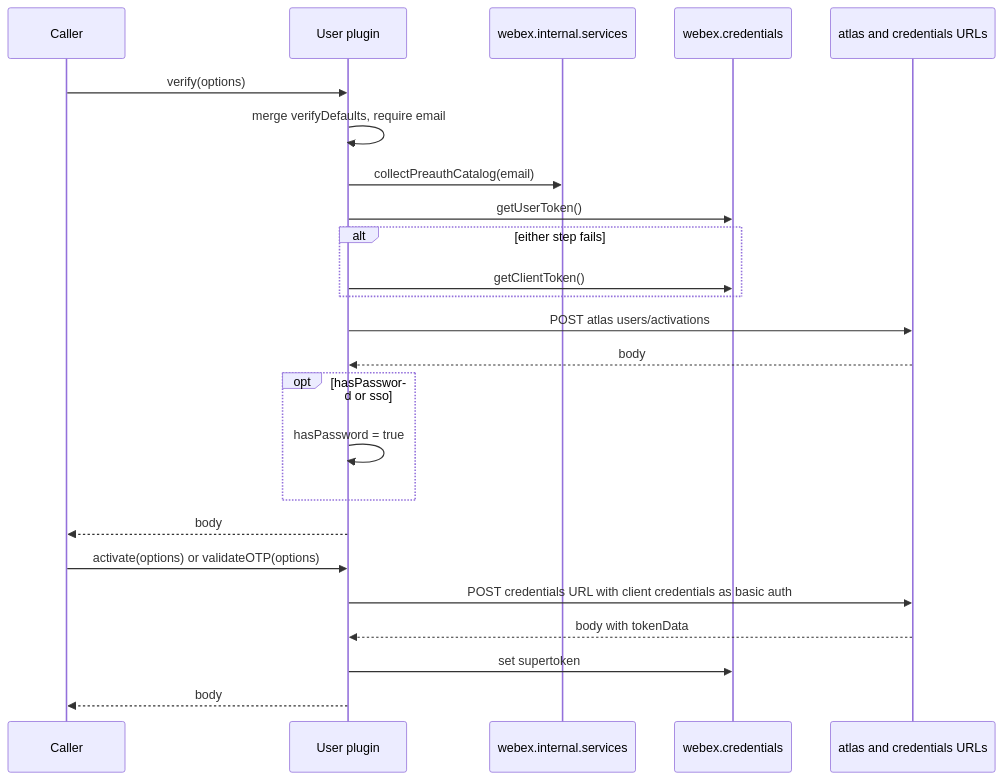
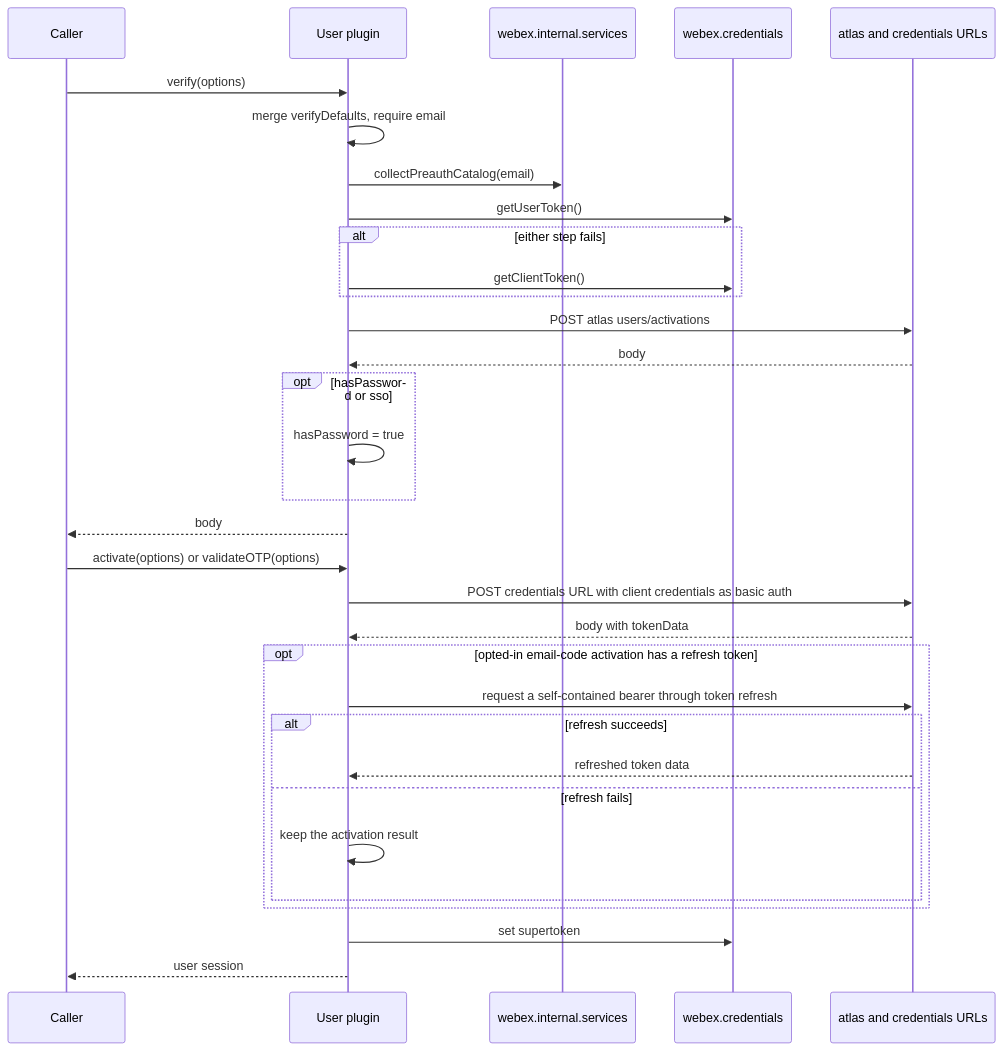
One commit to webex/webex-js-sdk changed the third of 5 diagrams in packages/@webex/internal-plugin-user/src/docs/README.md. Above: the diagram before and after it, drawn with Mermaid. The commit also changed other lines of this file and 8 other files, not shown here.

Commit message:
fix(user): request a self-contained token after email activation

````diff
--- a/packages/@webex/internal-plugin-user/src/docs/README.md
+++ b/packages/@webex/internal-plugin-user/src/docs/README.md
@@ -276,26 +276,34 @@
 ```mermaid
 sequenceDiagram
   participant Caller
   participant User as User plugin
   participant Services as webex.internal.services
   participant Creds as webex.credentials
   participant Svc as atlas and credentials URLs
   Caller->>User: verify(options)
   User->>User: merge verifyDefaults, require email
   User->>Services: collectPreauthCatalog(email)
   User->>Creds: getUserToken()
   alt either step fails
     User->>Creds: getClientToken()
   end
   User->>Svc: POST atlas users/activations
   Svc-->>User: body
   opt hasPassword or sso
     User->>User: hasPassword = true
   end
   User-->>Caller: body
   Caller->>User: activate(options) or validateOTP(options)
   User->>Svc: POST credentials URL with client credentials as basic auth
   Svc-->>User: body with tokenData
+  opt opted-in email-code activation has a refresh token
+    User->>Svc: request a self-contained bearer through token refresh
+    alt refresh succeeds
+      Svc-->>User: refreshed token data
+    else refresh fails
+      User->>User: keep the activation result
+    end
+  end
   User->>Creds: set supertoken
-  User-->>Caller: body
+  User-->>Caller: user session
 ```
````
